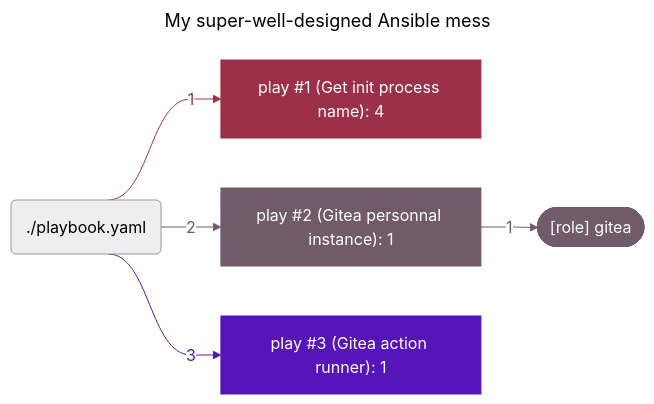
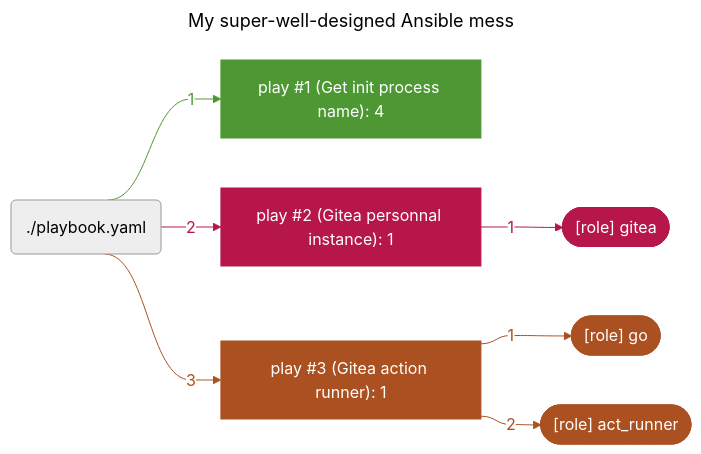
The diagram in README.md (boyreau/boyreau), drawn with Mermaid (neutral theme) before and after one commit.

Commit message:
profile graph automatic update

````diff
--- a/README.md
+++ b/README.md
@@ -48,35 +48,47 @@
 ```mermaid
 ---
 title: "My super-well-designed Ansible mess"
 ---
 %%{ init: { "flowchart": { "curve": "bumpX" } } }%%
 flowchart LR
 	%% Start of the playbook './playbook.yaml'
-	playbook_a59997b7("./playbook.yaml")
+	playbook_fc16d71b("./playbook.yaml")
 		%% Start of the play 'play #1 (Get init process name): 4'
-		play_efbbc38b["play #1 (Get init process name): 4"]
-		style play_efbbc38b stroke:#9c3049,fill:#9c3049,color:#ffffff
-		playbook_a59997b7 --> |"1"| play_efbbc38b
-		linkStyle 0 stroke:#9c3049,color:#9c3049
+		play_2345da04["play #1 (Get init process name): 4"]
+		style play_2345da04 stroke:#4e9834,fill:#4e9834,color:#ffffff
+		playbook_fc16d71b --> |"1"| play_2345da04
+		linkStyle 0 stroke:#4e9834,color:#4e9834
 		%% End of the play 'play #1 (Get init process name): 4'
 		%% Start of the play 'play #2 (Gitea personnal instance): 1'
-		play_25996096["play #2 (Gitea personnal instance): 1"]
-		style play_25996096 stroke:#715b6b,fill:#715b6b,color:#ffffff
-		playbook_a59997b7 --> |"2"| play_25996096
-		linkStyle 1 stroke:#715b6b,color:#715b6b
+		play_89e2a681["play #2 (Gitea personnal instance): 1"]
+		style play_89e2a681 stroke:#b61649,fill:#b61649,color:#ffffff
+		playbook_fc16d71b --> |"2"| play_89e2a681
+		linkStyle 1 stroke:#b61649,color:#b61649
 			%% Start of the role '[role] gitea'
-			play_25996096 --> |"1 "| role_72f8102a
-			linkStyle 2 stroke:#715b6b,color:#715b6b
-			role_72f8102a(["[role] gitea"])
-			style role_72f8102a fill:#715b6b,color:#ffffff,stroke:#715b6b
+			play_89e2a681 --> |"1 "| role_7e1304d3
+			linkStyle 2 stroke:#b61649,color:#b61649
+			role_7e1304d3(["[role] gitea"])
+			style role_7e1304d3 fill:#b61649,color:#ffffff,stroke:#b61649
 			%% End of the role '[role] gitea'
 		%% End of the play 'play #2 (Gitea personnal instance): 1'
 		%% Start of the play 'play #3 (Gitea action runner): 1'
-		play_fdb4c373["play #3 (Gitea action runner): 1"]
-		style play_fdb4c373 stroke:#5714b8,fill:#5714b8,color:#ffffff
-		playbook_a59997b7 --> |"3"| play_fdb4c373
-		linkStyle 3 stroke:#5714b8,color:#5714b8
+		play_d640eab3["play #3 (Gitea action runner): 1"]
+		style play_d640eab3 stroke:#ab5121,fill:#ab5121,color:#ffffff
+		playbook_fc16d71b --> |"3"| play_d640eab3
+		linkStyle 3 stroke:#ab5121,color:#ab5121
+			%% Start of the role '[role] go'
+			play_d640eab3 --> |"1 "| role_8d25994f
+			linkStyle 4 stroke:#ab5121,color:#ab5121
+			role_8d25994f(["[role] go"])
+			style role_8d25994f fill:#ab5121,color:#ffffff,stroke:#ab5121
+			%% End of the role '[role] go'
+			%% Start of the role '[role] act_runner'
+			play_d640eab3 --> |"2 "| role_af6c4d7f
+			linkStyle 5 stroke:#ab5121,color:#ab5121
+			role_af6c4d7f(["[role] act_runner"])
+			style role_af6c4d7f fill:#ab5121,color:#ffffff,stroke:#ab5121
+			%% End of the role '[role] act_runner'
 		%% End of the play 'play #3 (Gitea action runner): 1'
 	%% End of the playbook './playbook.yaml'
 
 ```
````
